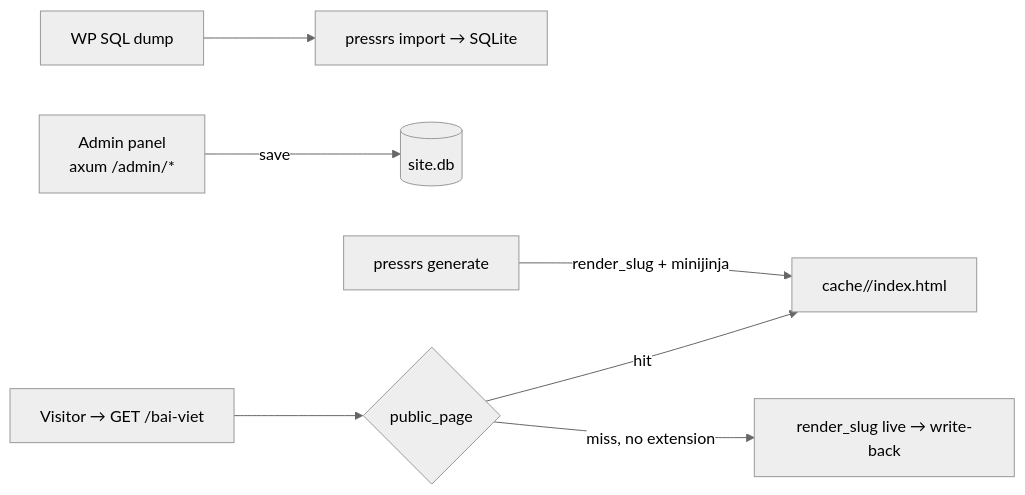
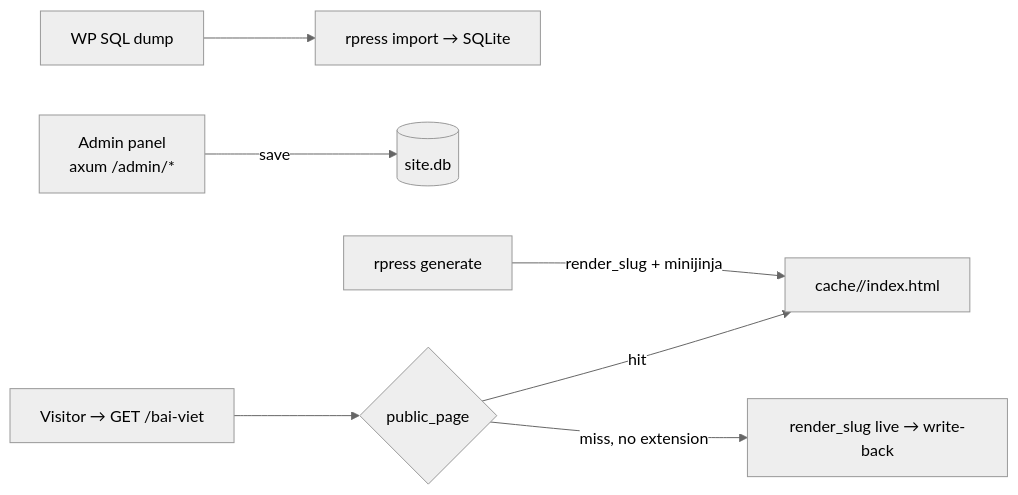
Before and after one commit to hieuspaceos/rpress: the diagram in README.md, drawn with Mermaid (neutral theme). The commit also changed other lines of this file and 14 other files, not shown here.

````diff
--- a/README.md
+++ b/README.md
@@ -84,9 +84,9 @@
 ```mermaid
 flowchart LR
-    WP["WP SQL dump"] --> IMP["pressrs import → SQLite"]
+    WP["WP SQL dump"] --> IMP["rpress import → SQLite"]
     ADMIN["Admin panel<br/>axum /admin/*"] -->|save| DB[(site.db)]
-    GEN["pressrs generate"] -->|render_slug + minijinja| OUT["cache/<slug>/index.html"]
+    GEN["rpress generate"] -->|render_slug + minijinja| OUT["cache/<slug>/index.html"]
     REQ["Visitor → GET /bai-viet"] --> SERVE{public_page}
     SERVE -->|"hit"| OUT
     SERVE -->|"miss, no extension"| LIVE["render_slug live → write-back"]
 ```
````
